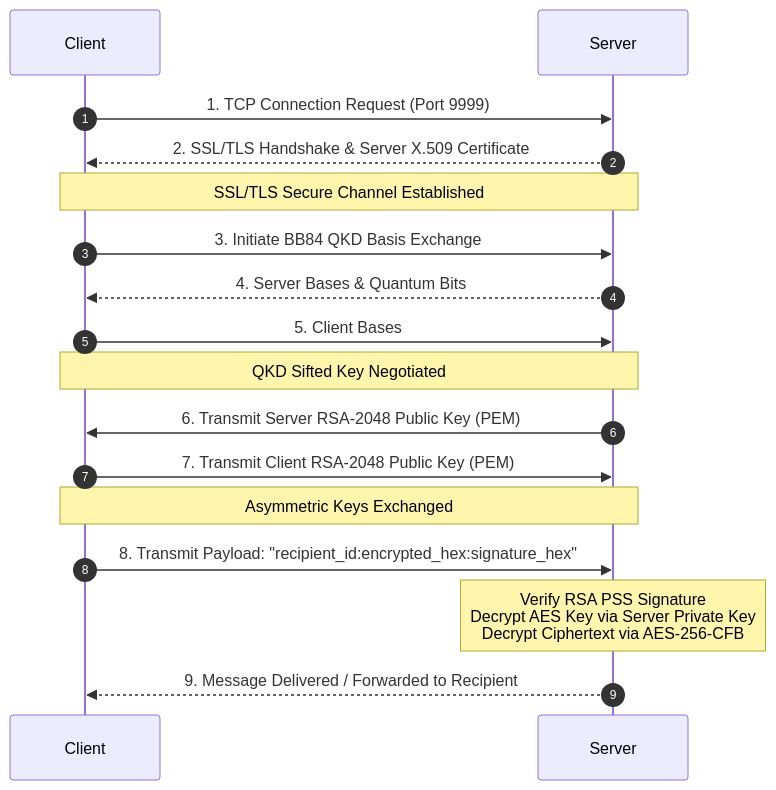
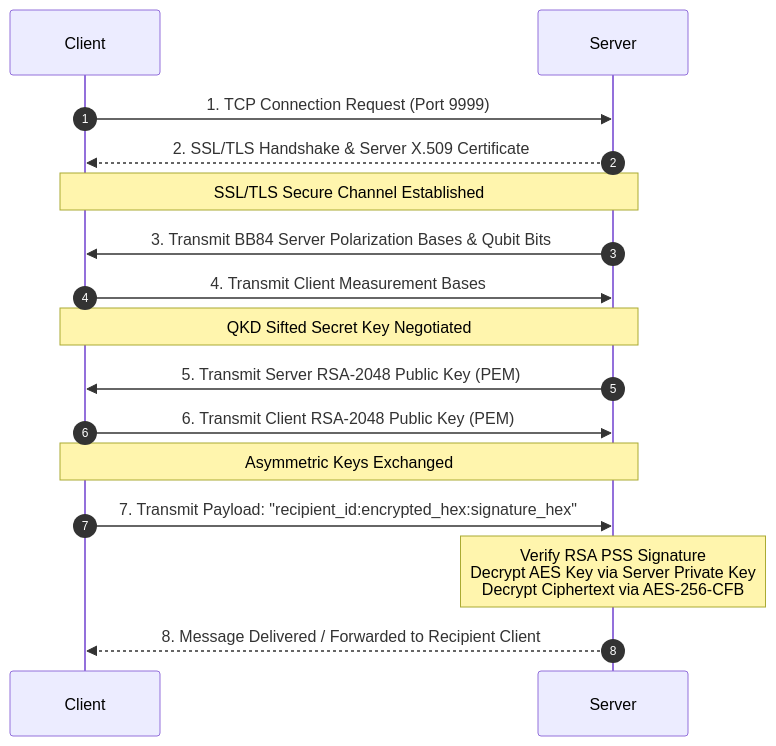
One commit to PraneethReddy-github/Secure-Client-Server-SSL-RSA-AES-QKD changed the diagram in docs/architecture_and_crypto.md. Above: the diagram before and after it, drawn with Mermaid. The commit also changed other lines of this file and 6 other files, not shown here.

Commit message:
feat: unify SSL/TLS, BB84 QKD, RSA-AES hybrid crypto, and dual research publications with 100% test coverage

````diff
--- a/docs/architecture_and_crypto.md
+++ b/docs/architecture_and_crypto.md
@@ -82,23 +102,22 @@
 ```mermaid
 sequenceDiagram
     autonumber
     participant Client
     participant Server
 
     Client->>Server: 1. TCP Connection Request (Port 9999)
     Server-->>Client: 2. SSL/TLS Handshake & Server X.509 Certificate
     Note over Client,Server: SSL/TLS Secure Channel Established
 
-    Client->>Server: 3. Initiate BB84 QKD Basis Exchange
-    Server-->>Client: 4. Server Bases & Quantum Bits
-    Client->>Server: 5. Client Bases
-    Note over Client,Server: QKD Sifted Key Negotiated
+    Server->>Client: 3. Transmit BB84 Server Polarization Bases & Qubit Bits
+    Client->>Server: 4. Transmit Client Measurement Bases
+    Note over Client,Server: QKD Sifted Secret Key Negotiated
 
-    Server->>Client: 6. Transmit Server RSA-2048 Public Key (PEM)
-    Client->>Server: 7. Transmit Client RSA-2048 Public Key (PEM)
+    Server->>Client: 5. Transmit Server RSA-2048 Public Key (PEM)
+    Client->>Server: 6. Transmit Client RSA-2048 Public Key (PEM)
     Note over Client,Server: Asymmetric Keys Exchanged
 
-    Client->>Server: 8. Transmit Payload: "recipient_id:encrypted_hex:signature_hex"
+    Client->>Server: 7. Transmit Payload: "recipient_id:encrypted_hex:signature_hex"
     Note over Server: Verify RSA PSS Signature<br/>Decrypt AES Key via Server Private Key<br/>Decrypt Ciphertext via AES-256-CFB
-    Server-->>Client: 9. Message Delivered / Forwarded to Recipient
+    Server-->>Client: 8. Message Delivered / Forwarded to Recipient Client
 ```
````
